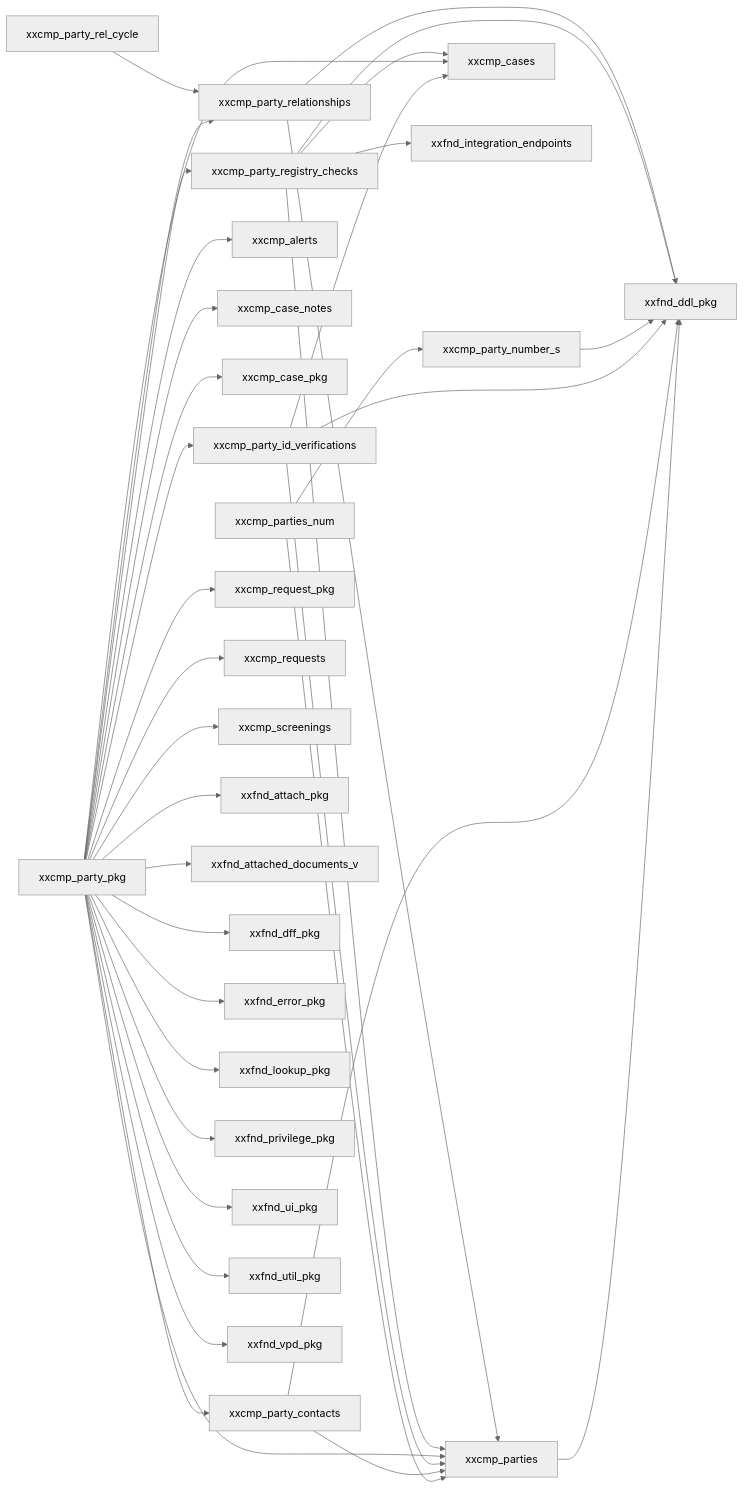
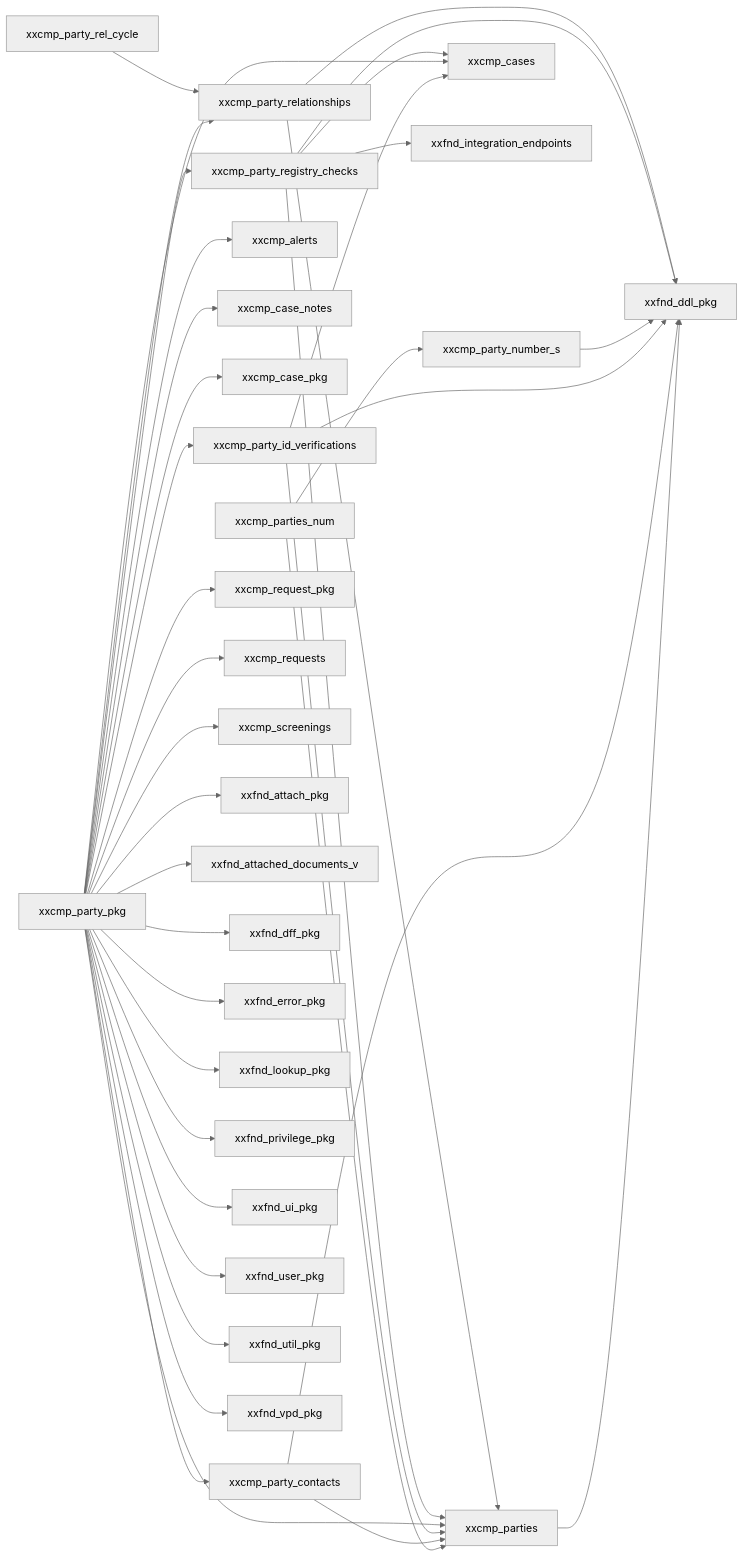
The diagram in repos/kyc/db/deploy/diagrams/parties.md (mazharr-hussain/KycReport), drawn with Mermaid (neutral theme) before and after one commit. The commit also changed 524 other files, not shown here.

````diff
--- a/repos/kyc/db/deploy/diagrams/parties.md
+++ b/repos/kyc/db/deploy/diagrams/parties.md
@@ -3,40 +3,41 @@
 ```mermaid
 graph LR
     xxcmp_parties --> xxfnd_ddl_pkg
     xxcmp_parties_num --> xxcmp_parties
     xxcmp_parties_num --> xxcmp_party_number_s
     xxcmp_party_contacts --> xxcmp_parties
     xxcmp_party_contacts --> xxfnd_ddl_pkg
     xxcmp_party_id_verifications --> xxcmp_cases
     xxcmp_party_id_verifications --> xxcmp_parties
     xxcmp_party_id_verifications --> xxfnd_ddl_pkg
     xxcmp_party_number_s --> xxfnd_ddl_pkg
     xxcmp_party_pkg --> xxcmp_alerts
     xxcmp_party_pkg --> xxcmp_case_notes
     xxcmp_party_pkg --> xxcmp_case_pkg
     xxcmp_party_pkg --> xxcmp_cases
     xxcmp_party_pkg --> xxcmp_parties
     xxcmp_party_pkg --> xxcmp_party_contacts
     xxcmp_party_pkg --> xxcmp_party_id_verifications
     xxcmp_party_pkg --> xxcmp_party_registry_checks
     xxcmp_party_pkg --> xxcmp_party_relationships
     xxcmp_party_pkg --> xxcmp_request_pkg
     xxcmp_party_pkg --> xxcmp_requests
     xxcmp_party_pkg --> xxcmp_screenings
     xxcmp_party_pkg --> xxfnd_attach_pkg
     xxcmp_party_pkg --> xxfnd_attached_documents_v
     xxcmp_party_pkg --> xxfnd_dff_pkg
     xxcmp_party_pkg --> xxfnd_error_pkg
     xxcmp_party_pkg --> xxfnd_lookup_pkg
     xxcmp_party_pkg --> xxfnd_privilege_pkg
     xxcmp_party_pkg --> xxfnd_ui_pkg
+    xxcmp_party_pkg --> xxfnd_user_pkg
     xxcmp_party_pkg --> xxfnd_util_pkg
     xxcmp_party_pkg --> xxfnd_vpd_pkg
     xxcmp_party_registry_checks --> xxcmp_cases
     xxcmp_party_registry_checks --> xxcmp_parties
     xxcmp_party_registry_checks --> xxfnd_ddl_pkg
     xxcmp_party_registry_checks --> xxfnd_integration_endpoints
     xxcmp_party_rel_cycle --> xxcmp_party_relationships
     xxcmp_party_relationships --> xxcmp_parties
     xxcmp_party_relationships --> xxfnd_ddl_pkg
 ```
````
